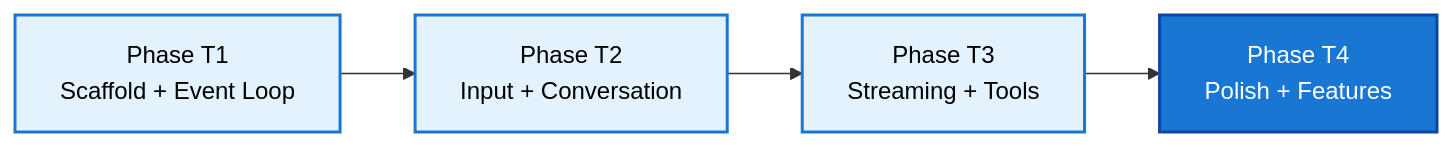
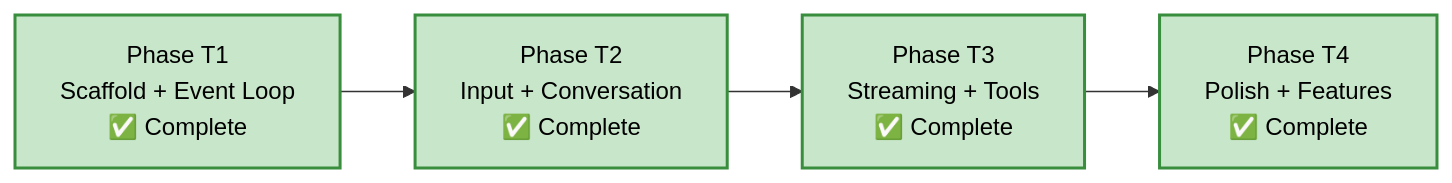
Before and after one commit to SuperSwinkAI/Swink-Agent: the diagram in docs/planning/TUI_PHASES.md, drawn with Mermaid. The commit also changed other lines of this file and 26 other files, not shown here.

````diff
--- a/docs/planning/TUI_PHASES.md
+++ b/docs/planning/TUI_PHASES.md
@@ -14,16 +16,14 @@
 ```mermaid
 flowchart LR
-    T1["Phase T1<br/>Scaffold + Event Loop"]
-    T2["Phase T2<br/>Input + Conversation"]
-    T3["Phase T3<br/>Streaming + Tools"]
-    T4["Phase T4<br/>Polish + Features"]
+    T1["Phase T1<br/>Scaffold + Event Loop<br/>✅ Complete"]
+    T2["Phase T2<br/>Input + Conversation<br/>✅ Complete"]
+    T3["Phase T3<br/>Streaming + Tools<br/>✅ Complete"]
+    T4["Phase T4<br/>Polish + Features<br/>✅ Complete"]
 
     T1 --> T2
     T2 --> T3
     T3 --> T4
 
-    classDef phase fill:#e3f2fd,stroke:#1976d2,stroke-width:2px,color:#000
-    classDef final fill:#1976d2,stroke:#0d47a1,stroke-width:2px,color:#fff
-    class T1,T2,T3 phase
-    class T4 final
+    classDef done fill:#c8e6c9,stroke:#388e3c,stroke-width:2px,color:#000
+    class T1,T2,T3,T4 done
 ```
````
